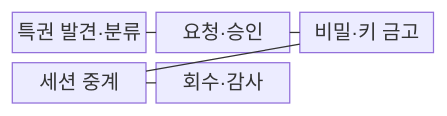
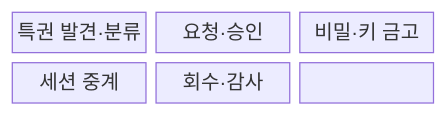
The first of 2 diagrams in src/content/docs/notes/05-security/062_pam.md (agnusdei1207/knowledge-base), drawn with Mermaid before and after one commit. The commit also changed other lines of this file and 20 other files, not shown here.

````diff
--- a/src/content/docs/notes/05-security/062_pam.md
+++ b/src/content/docs/notes/05-security/062_pam.md
@@ -60,13 +63,10 @@
 ```mermaid
 block-beta
   columns 3
   A["특권 발견·분류"]
   B["요청·승인"]
   C["비밀·키 금고"]
   D["세션 중계"]
   E["회수·감사"]
-    A --- B
-    B --- C
-    C --- D
-    D --- E
+    A --> B --> C --> D --> E
 ```
````
